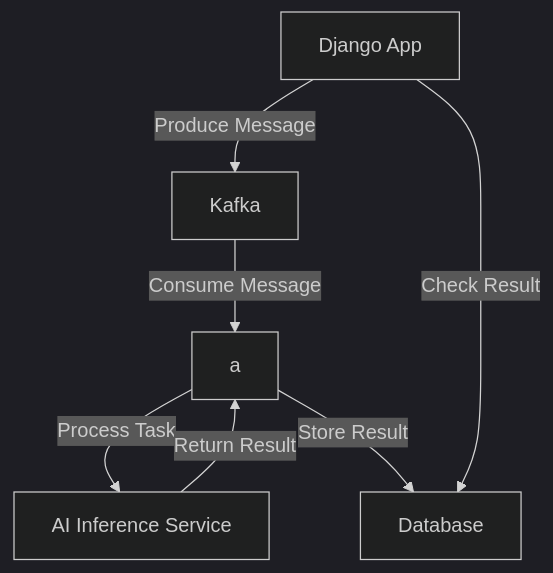
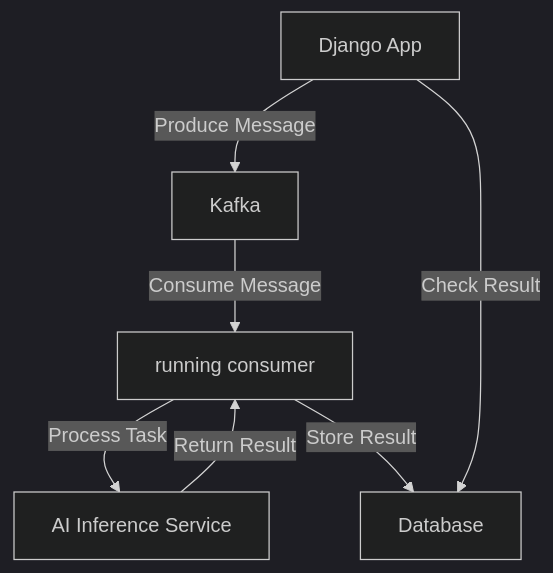
The first of 2 diagrams in djangoapp/ai_workload/README.md (uh004/Eating_shot), drawn with Mermaid (dark theme) before and after one commit. The commit also changed other lines of this file and 1 other file, not shown here.

````diff
--- a/djangoapp/ai_workload/README.md
+++ b/djangoapp/ai_workload/README.md
@@ -1,9 +1,9 @@
 ```mermaid
 graph TD
     A[Django App] -->|Produce Message| B[Kafka]
-    B -->|Consume Message| C[a]
+    B -->|Consume Message| C[running consumer]
     C -->|Process Task| D[AI Inference Service]
     D -->|Return Result| C
     C -->|Store Result| E[Database]
     A -->|Check Result| E
 ```
````
